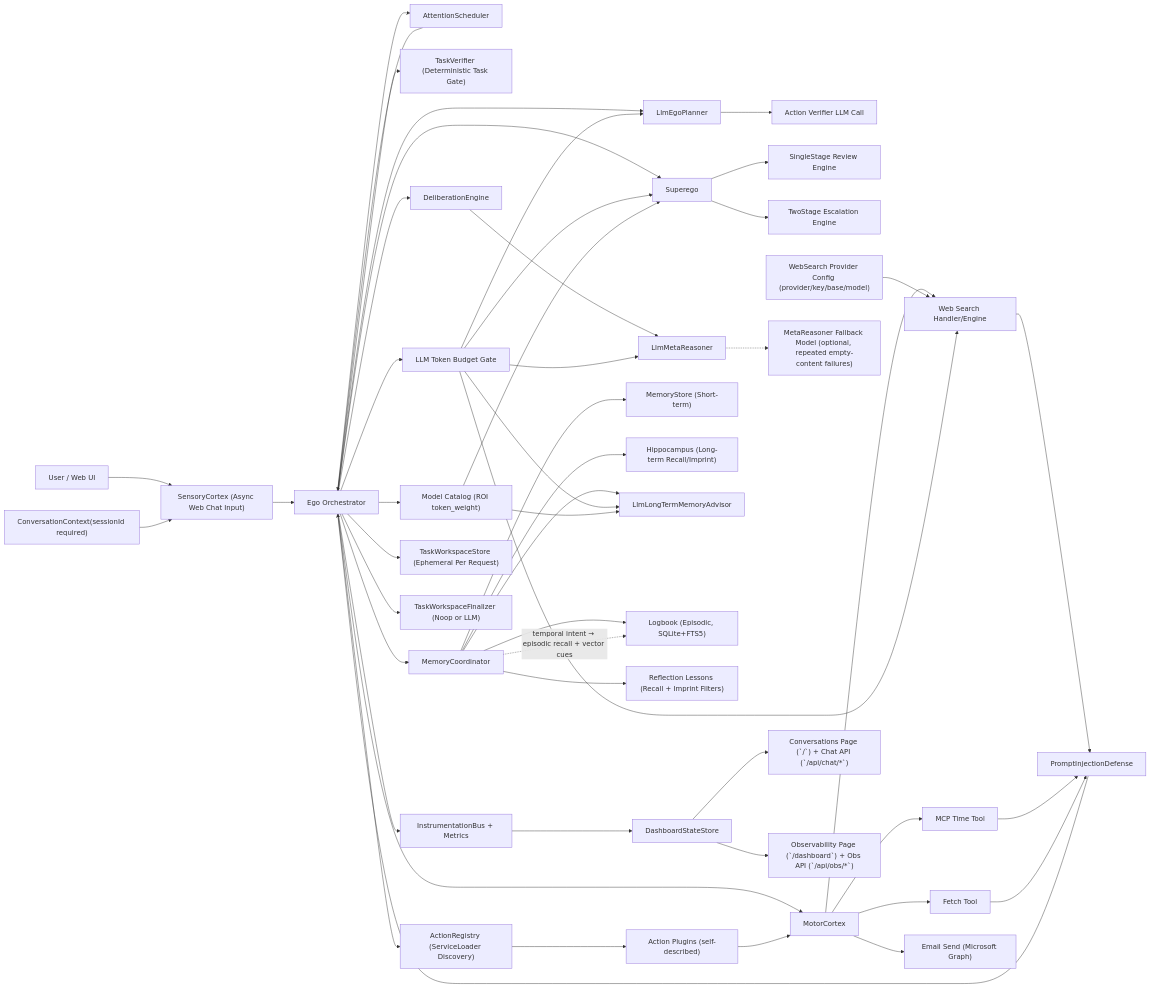
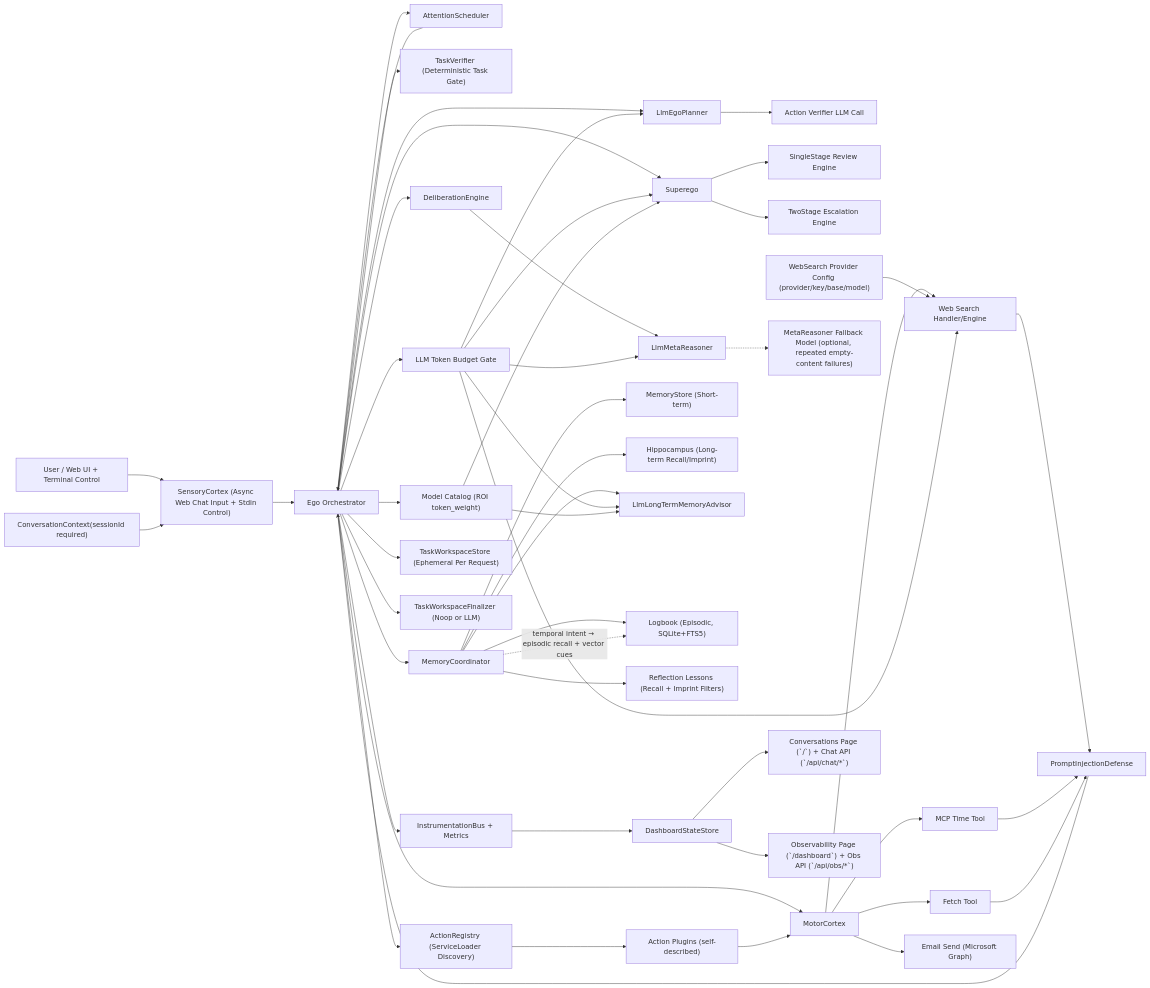
One commit to neopsyke/NeoPsyke changed the first of 6 diagrams in AGENT_LOGIC_DIAGRAM.md. Above: the diagram before and after it, drawn with Mermaid. The commit also changed other lines of this file and 5 other files, not shown here.

Commit message:
Detach console cli after run-psyke.sh from chat. Leave as control only

````diff
--- a/AGENT_LOGIC_DIAGRAM.md
+++ b/AGENT_LOGIC_DIAGRAM.md
@@ -8,60 +8,60 @@
 ```mermaid
 flowchart LR
-    U["User / Web UI"] --> SC["SensoryCortex (Async Web Chat Input)"]
+    U["User / Web UI + Terminal Control"] --> SC["SensoryCortex (Async Web Chat Input + Stdin Control)"]
     SC --> E["Ego Orchestrator"]
     NoteCtx["ConversationContext(sessionId required)"] --> SC
 
     E --> AS["AttentionScheduler"]
     AS --> E
 
     E --> P["LlmEgoPlanner"]
     P --> AV["Action Verifier LLM Call"]
     E --> TV["TaskVerifier (Deterministic Task Gate)"]
     E --> S["Superego"]
     S --> S1["SingleStage Review Engine"]
     S --> S2["TwoStage Escalation Engine"]
     E --> AR["ActionRegistry (ServiceLoader Discovery)"]
     E --> M["MotorCortex"]
     E --> BG["LLM Token Budget Gate"]
     E --> MCat["Model Catalog (ROI token_weight)"]
 
     E --> DE["DeliberationEngine"]
     DE --> MR["LlmMetaReasoner"]
     MR -.-> MRF["MetaReasoner Fallback Model (optional, repeated empty-content failures)"]
 
     E --> MC["MemoryCoordinator"]
     MC --> MS["MemoryStore (Short-term)"]
     MC --> H["Hippocampus (Long-term Recall/Imprint)"]
     MC --> LTM["LlmLongTermMemoryAdvisor"]
     MC --> LB["Logbook (Episodic, SQLite+FTS5)"]
     MC --> RL["Reflection Lessons (Recall + Imprint Filters)"]
     MC -.->|"temporal intent → episodic recall + vector cues"| LB
     E --> TWS["TaskWorkspaceStore (Ephemeral Per Request)"]
     E --> TWF["TaskWorkspaceFinalizer (Noop or LLM)"]
 
     AR --> AP["Action Plugins (self-described)"]
     AP --> M
 
     M --> WS["Web Search Handler/Engine"]
     CfgWS["WebSearch Provider Config (provider/key/base/model)"] --> WS
     M --> MT["MCP Time Tool"]
     M --> MF["Fetch Tool"]
     M --> EM["Email Send (Microsoft Graph)"]
     WS --> PID["PromptInjectionDefense"]
     MT --> PID
     MF --> PID
     PID --> E
 
     BG --> P
     BG --> S
     BG --> MR
     BG --> LTM
     BG --> WS
     MCat --> S
     MCat --> LTM
 
     E --> I["InstrumentationBus + Metrics"]
     I --> DS["DashboardStateStore"]
     DS --> CP["Conversations Page (`/`) + Chat API (`/api/chat/*`)"]
     DS --> OP["Observability Page (`/dashboard`) + Obs API (`/api/obs/*`)"]
 ```
````
